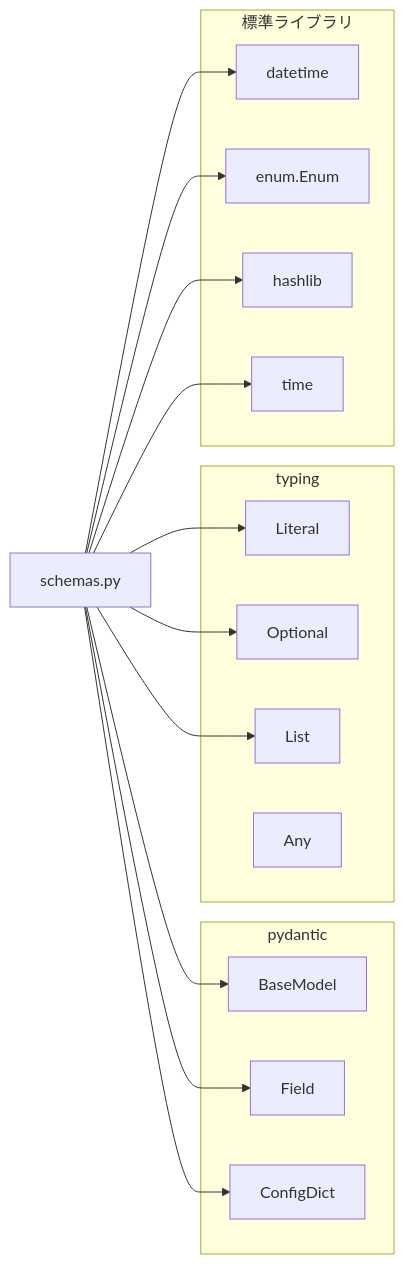
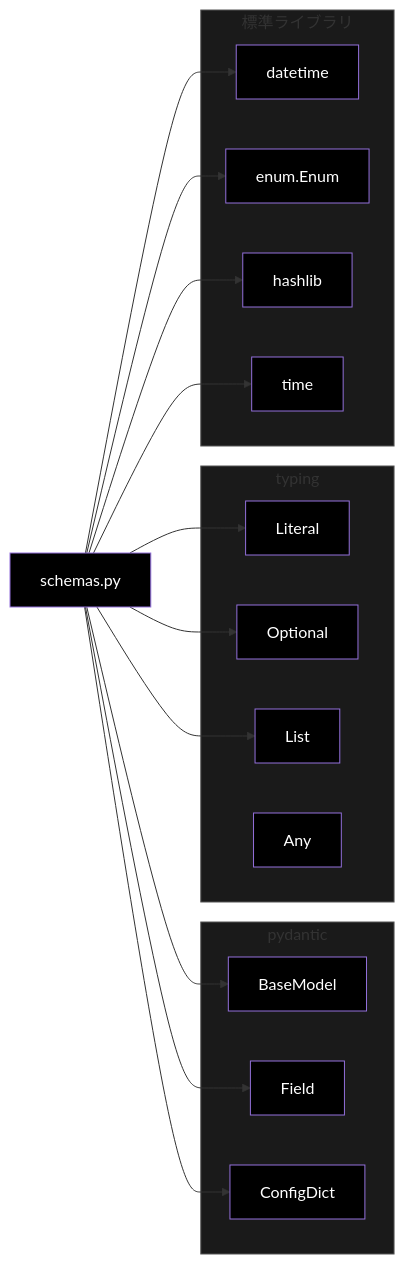
The third of 4 diagrams in grace/doc/schemas.md (nakashima2toshio/anthropic_grace_agent), drawn with Mermaid before and after one commit. The commit also changed other lines of this file and 18 other files, not shown here.

````diff
--- a/grace/doc/schemas.md
+++ b/grace/doc/schemas.md
@@ -877,35 +1059,51 @@
 ```mermaid
 flowchart LR
     SCHEMAS[schemas.py]
 
     subgraph PYDANTIC["pydantic"]
         BM[BaseModel]
         FLD[Field]
         CFG[ConfigDict]
     end
 
     subgraph TYPING["typing"]
         LIT[Literal]
         OPT[Optional]
         LST[List]
         ANY[Any]
     end
 
     subgraph STDLIB["標準ライブラリ"]
         DT[datetime]
         ENUM[enum.Enum]
         HL[hashlib]
         TM[time]
     end
 
     SCHEMAS --> BM
     SCHEMAS --> FLD
     SCHEMAS --> CFG
     SCHEMAS --> LIT
     SCHEMAS --> OPT
     SCHEMAS --> LST
     SCHEMAS --> DT
     SCHEMAS --> ENUM
     SCHEMAS --> HL
     SCHEMAS --> TM
+
+    style SCHEMAS fill:#000,color:#fff
+    style BM fill:#000,color:#fff
+    style FLD fill:#000,color:#fff
+    style CFG fill:#000,color:#fff
+    style LIT fill:#000,color:#fff
+    style OPT fill:#000,color:#fff
+    style LST fill:#000,color:#fff
+    style ANY fill:#000,color:#fff
+    style DT fill:#000,color:#fff
+    style ENUM fill:#000,color:#fff
+    style HL fill:#000,color:#fff
+    style TM fill:#000,color:#fff
+    style PYDANTIC fill:#1a1a1a,stroke:#555
+    style TYPING fill:#1a1a1a,stroke:#555
+    style STDLIB fill:#1a1a1a,stroke:#555
 ```
````
